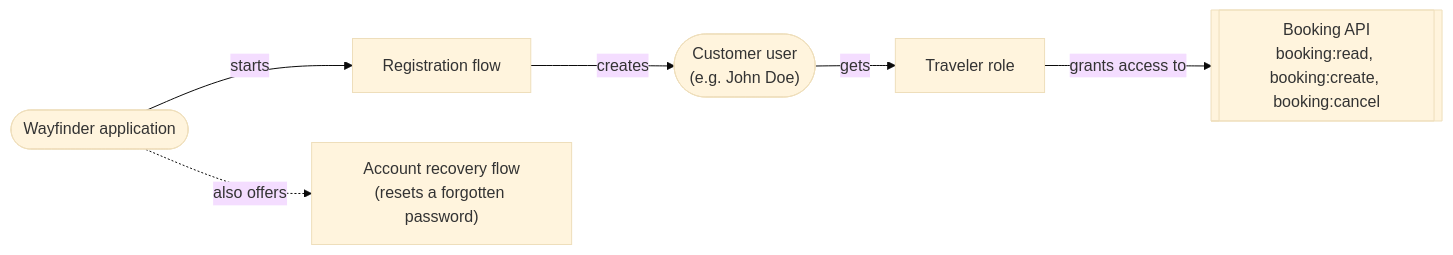
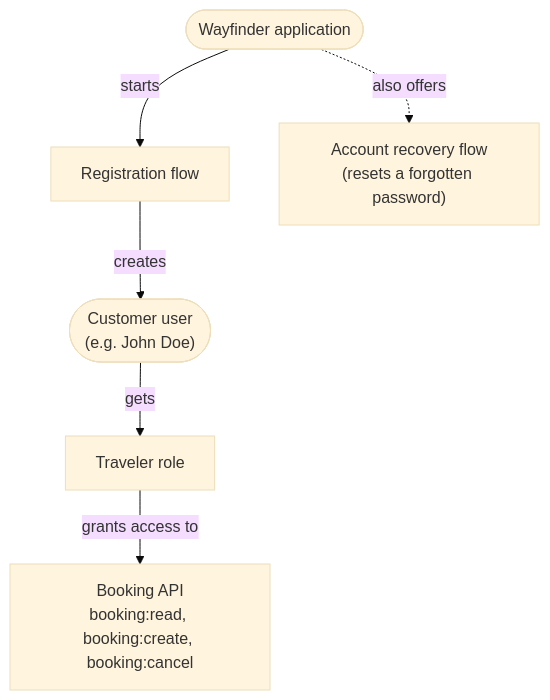
One commit to thiva-k/thunder changed the first of 2 diagrams in docs/content/use-cases/b2c/build-index.mdx. Above: the diagram before and after it, drawn with Mermaid (base theme). The commit also changed other lines of this file and 17 other files, not shown here.

````diff
--- a/docs/content/use-cases/b2c/build-index.mdx
+++ b/docs/content/use-cases/b2c/build-index.mdx
@@ -19,15 +19,15 @@
 ```mermaid
-flowchart LR
+flowchart TD
   app(["Wayfinder application"])
   reg["Registration flow"]
   cu(["Customer user<br/>(e.g. John Doe)"])
   tr["Traveler role"]
-  api[["Booking API<br/>booking:read, booking:create, booking:cancel"]]
+  api["Booking API<br/>booking:read, booking:create, booking:cancel"]
   rec["Account recovery flow<br/>(resets a forgotten password)"]
 
   app -->|starts| reg
   reg -->|creates| cu
   cu -->|gets| tr
   tr -->|grants access to| api
   app -.->|also offers| rec
 ```
````
